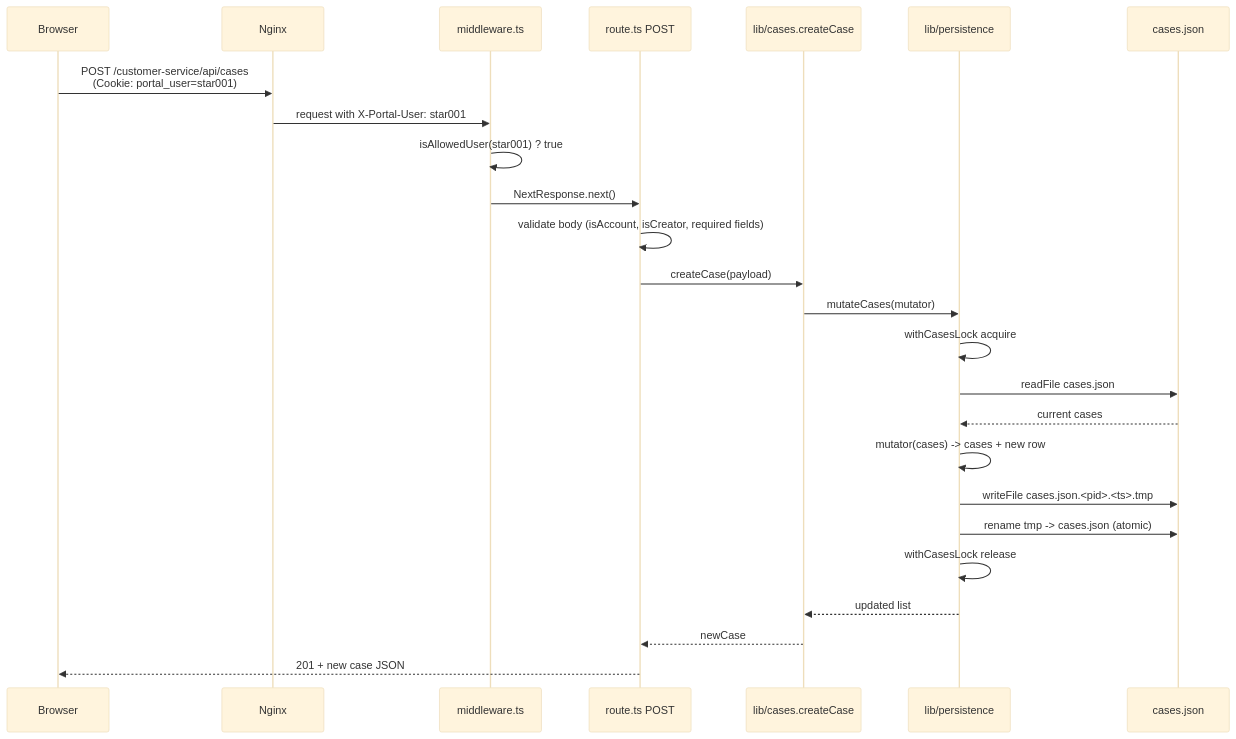
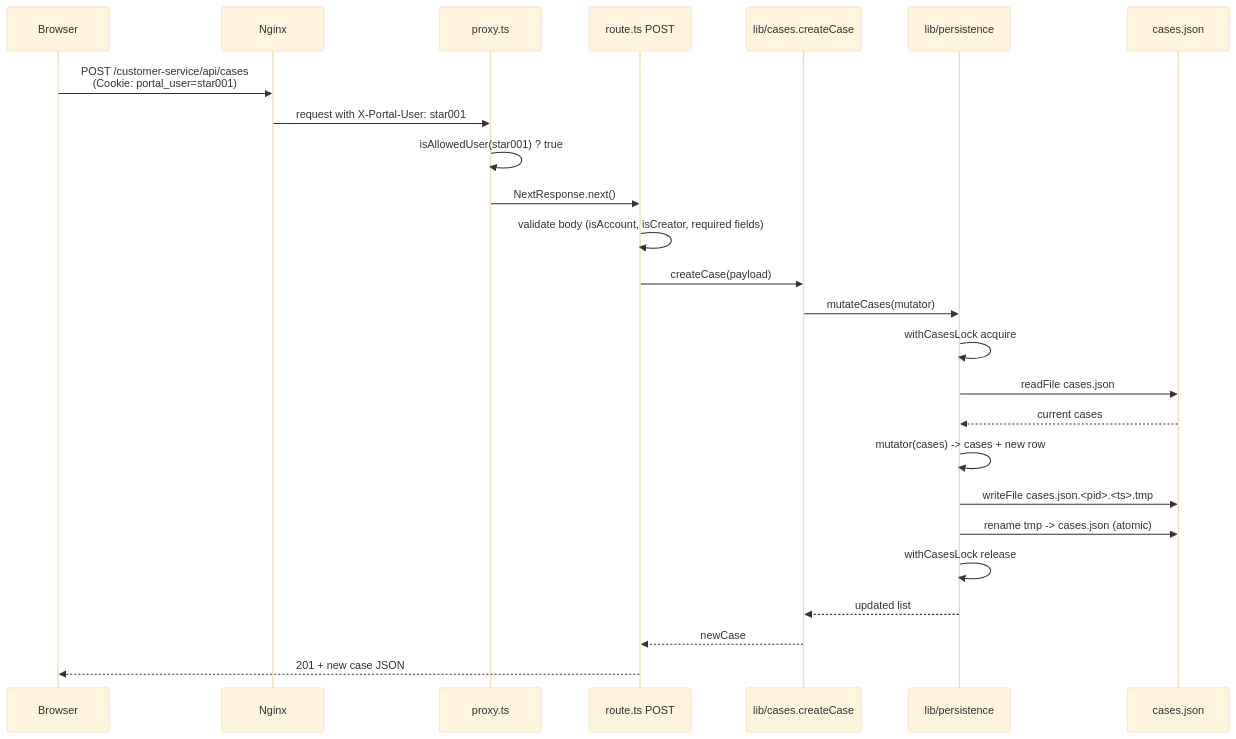
One commit to twinkletwinkleltd/customer-service changed the fourth of 5 diagrams in docs/architecture.md. Above: the diagram before and after it, drawn with Mermaid (base theme). The commit also changed other lines of this file and 6 other files, not shown here.

First line of the commit message:
feat: migrate middleware.ts to proxy.ts for Next.js Turbopack upgrade

````diff
--- a/docs/architecture.md
+++ b/docs/architecture.md
@@ -107,28 +107,28 @@
 ```mermaid
 sequenceDiagram
     participant Browser
     participant Nginx
-    participant MW as middleware.ts
+    participant MW as proxy.ts
     participant API as route.ts POST
     participant Cases as lib/cases.createCase
     participant Pers as lib/persistence
     participant Disk as cases.json
 
     Browser->>Nginx: POST /customer-service/api/cases<br/>(Cookie: portal_user=star001)
     Nginx->>MW: request with X-Portal-User: star001
     MW->>MW: isAllowedUser(star001) ? true
     MW->>API: NextResponse.next()
     API->>API: validate body (isAccount, isCreator, required fields)
     API->>Cases: createCase(payload)
     Cases->>Pers: mutateCases(mutator)
     Pers->>Pers: withCasesLock acquire
     Pers->>Disk: readFile cases.json
     Disk-->>Pers: current cases
     Pers->>Pers: mutator(cases) -> cases + new row
     Pers->>Disk: writeFile cases.json.<pid>.<ts>.tmp
     Pers->>Disk: rename tmp -> cases.json (atomic)
     Pers->>Pers: withCasesLock release
     Pers-->>Cases: updated list
     Cases-->>API: newCase
     API-->>Browser: 201 + new case JSON
 ```
````
